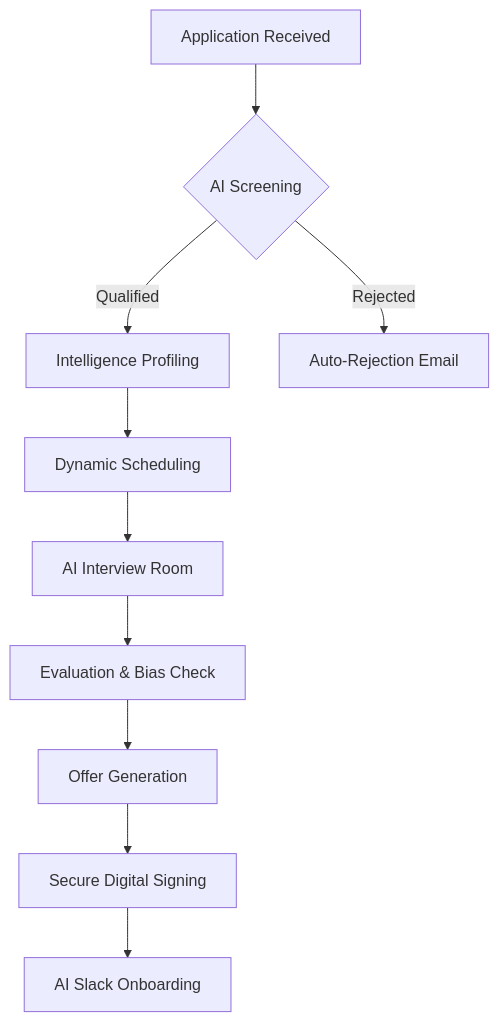
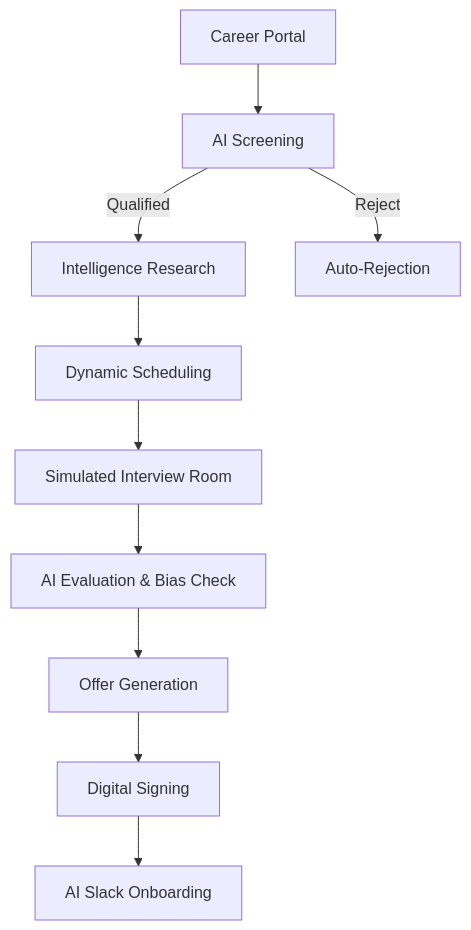
One commit to gitsaugat/hire-os changed the diagram in README.md. Above: the diagram before and after it, drawn with Mermaid. The commit also changed other lines of this file, not shown here.

````diff
--- a/README.md
+++ b/README.md
@@ -13,12 +16,12 @@
 ```mermaid
 graph TD
-    A[Application Received] --> B{AI Screening}
-    B -->|Qualified| C[Intelligence Profiling]
-    B -->|Rejected| D[Auto-Rejection Email]
+    A[Career Portal] --> B[AI Screening]
+    B -->|Qualified| C[Intelligence Research]
+    B -->|Reject| D[Auto-Rejection]
     C --> E[Dynamic Scheduling]
-    E --> F[AI Interview Room]
-    F --> G[Evaluation & Bias Check]
+    E --> F[Simulated Interview Room]
+    F --> G[AI Evaluation & Bias Check]
     G --> H[Offer Generation]
-    H --> I[Secure Digital Signing]
+    H --> I[Digital Signing]
     I --> J[AI Slack Onboarding]
 ```
````
